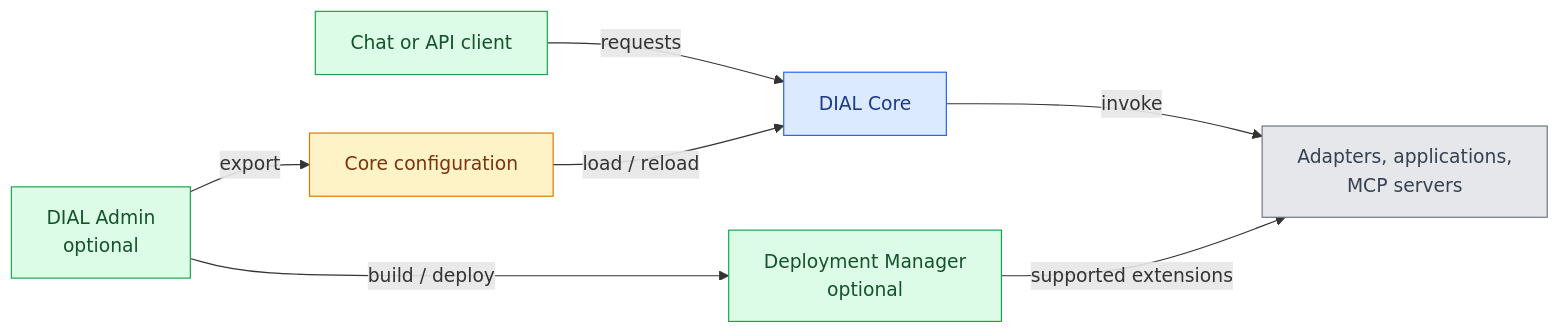
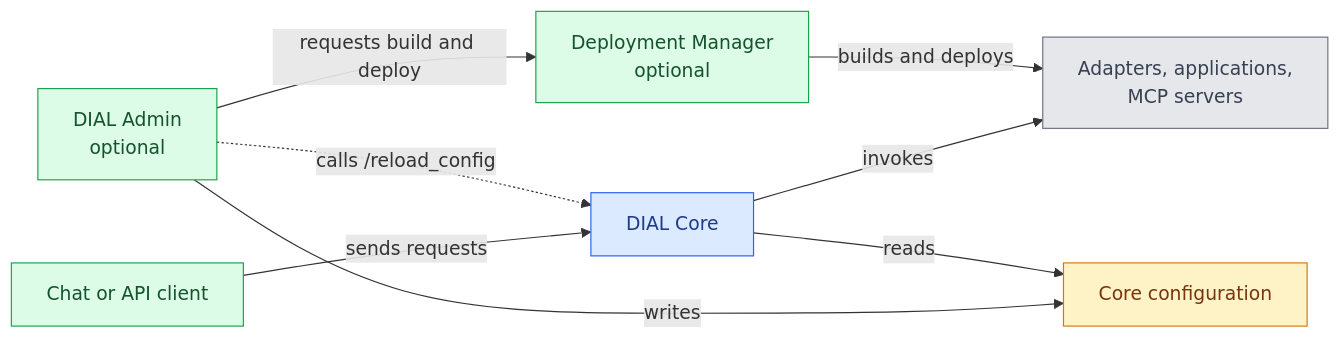
One commit to epam/ai-dial changed the diagram in docs_v2/2.understand-dial/2.architecture/3.deployment-profiles.md. Above: the diagram before and after it, drawn with Mermaid. The commit also changed 4 other files, not shown here.

````diff
--- a/docs_v2/2.understand-dial/2.architecture/3.deployment-profiles.md
+++ b/docs_v2/2.understand-dial/2.architecture/3.deployment-profiles.md
@@ -30,18 +30,19 @@
 ```mermaid
 flowchart LR
-    Client["Chat or API client"] -->|requests| Core["DIAL Core"]
-    Core -->|invoke| Runtime["Adapters, applications,<br/>MCP servers"]
-    Admin["DIAL Admin<br/>optional"] -->|export| Config["Core configuration"]
-    Config -->|load / reload| Core
-    Admin -->|build / deploy| Manager["Deployment Manager<br/>optional"]
-    Manager -->|supported extensions| Runtime
+    Client["Chat or API client"] -->|sends requests| Core["DIAL Core"]
+    Core -->|invokes| Runtime["Adapters, applications,<br/>MCP servers"]
+    Admin["DIAL Admin<br/>optional"] -->|writes| Config["Core configuration"]
+    Core -->|reads| Config
+    Admin -.->|"calls /reload_config"| Core
+    Admin -->|requests build and deploy| Manager["Deployment Manager<br/>optional"]
+    Manager -->|builds and deploys| Runtime
 
     classDef uiStyle fill:#dcfce7,stroke:#16a34a,color:#14532d;
     class Client,Admin,Manager uiStyle;
     classDef coreStyle fill:#dbeafe,stroke:#2563eb,color:#1e3a8a;
     class Core coreStyle;
     classDef storageStyle fill:#fef3c7,stroke:#d97706,color:#78350f;
     class Config storageStyle;
     classDef extStyle fill:#e5e7eb,stroke:#6b7280,color:#374151;
     class Runtime extStyle;
 ```
````
